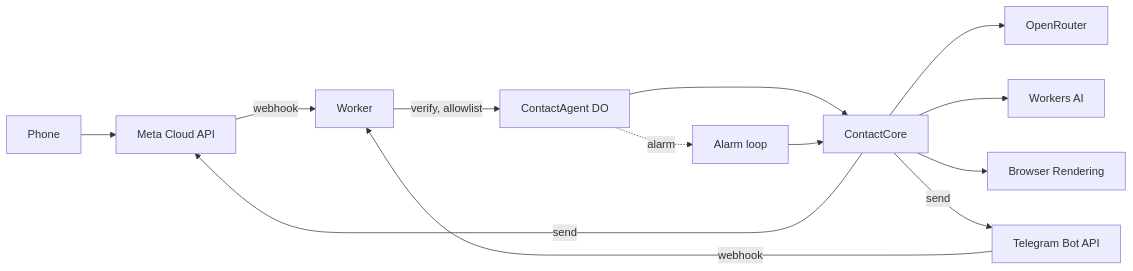
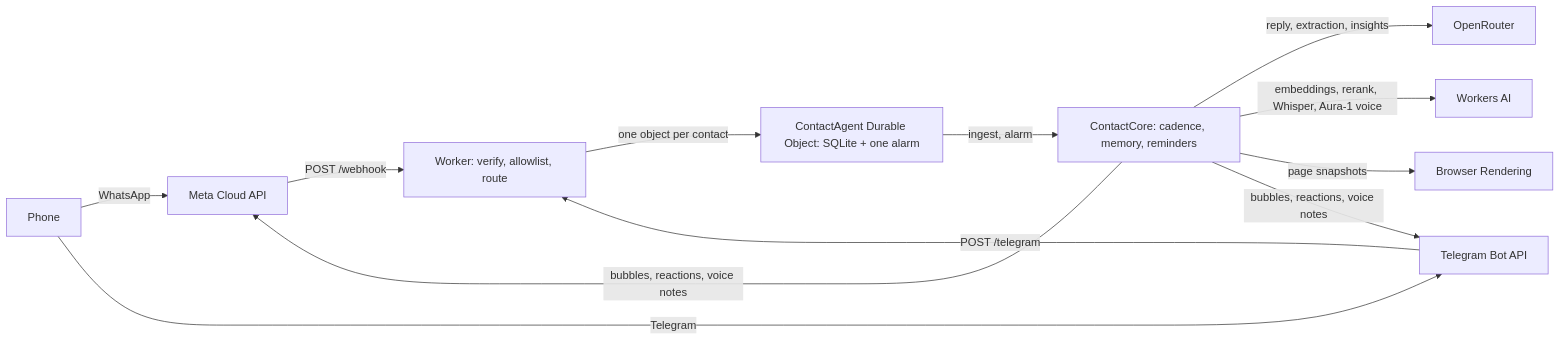
The diagram in README.md (aldaonggar/wapp-agent), drawn with Mermaid before and after one commit. The commit also changed other lines of this file, not shown here.

Commit message:
docs: README proofread; architecture diagram covers both transports and the alarm; health and either-transport wording

````diff
--- a/README.md
+++ b/README.md
@@ -40,15 +40,14 @@
 ```mermaid
 flowchart LR
-  P[Phone] --> M[Meta Cloud API]
-  M -->|webhook| W[Worker]
-  T[Telegram Bot API] -->|webhook| W
-  W -->|verify, allowlist| D[ContactAgent DO]
-  D --> C[ContactCore]
-  C --> O[OpenRouter]
-  C --> A[Workers AI]
-  C --> B[Browser Rendering]
-  C -->|send| M
-  C -->|send| T
-  D -.->|alarm| L[Alarm loop]
-  L --> C
+  P[Phone] -->|WhatsApp| M[Meta Cloud API]
+  P -->|Telegram| T[Telegram Bot API]
+  M -->|POST /webhook| W[Worker: verify, allowlist, route]
+  T -->|POST /telegram| W
+  W -->|one object per contact| D["ContactAgent Durable Object: SQLite + one alarm"]
+  D -->|ingest, alarm| C[ContactCore: cadence, memory, reminders]
+  C -->|reply, extraction, insights| O[OpenRouter]
+  C -->|embeddings, rerank, Whisper, Aura-1 voice| A[Workers AI]
+  C -->|page snapshots| B[Browser Rendering]
+  C -->|bubbles, reactions, voice notes| M
+  C -->|bubbles, reactions, voice notes| T
 ```
````
